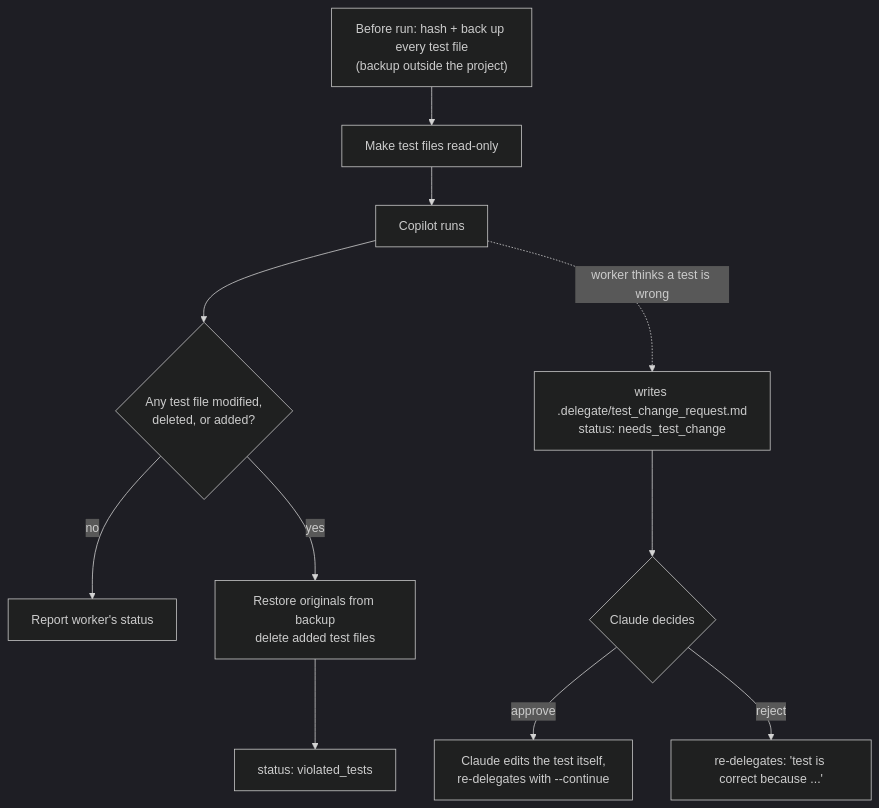
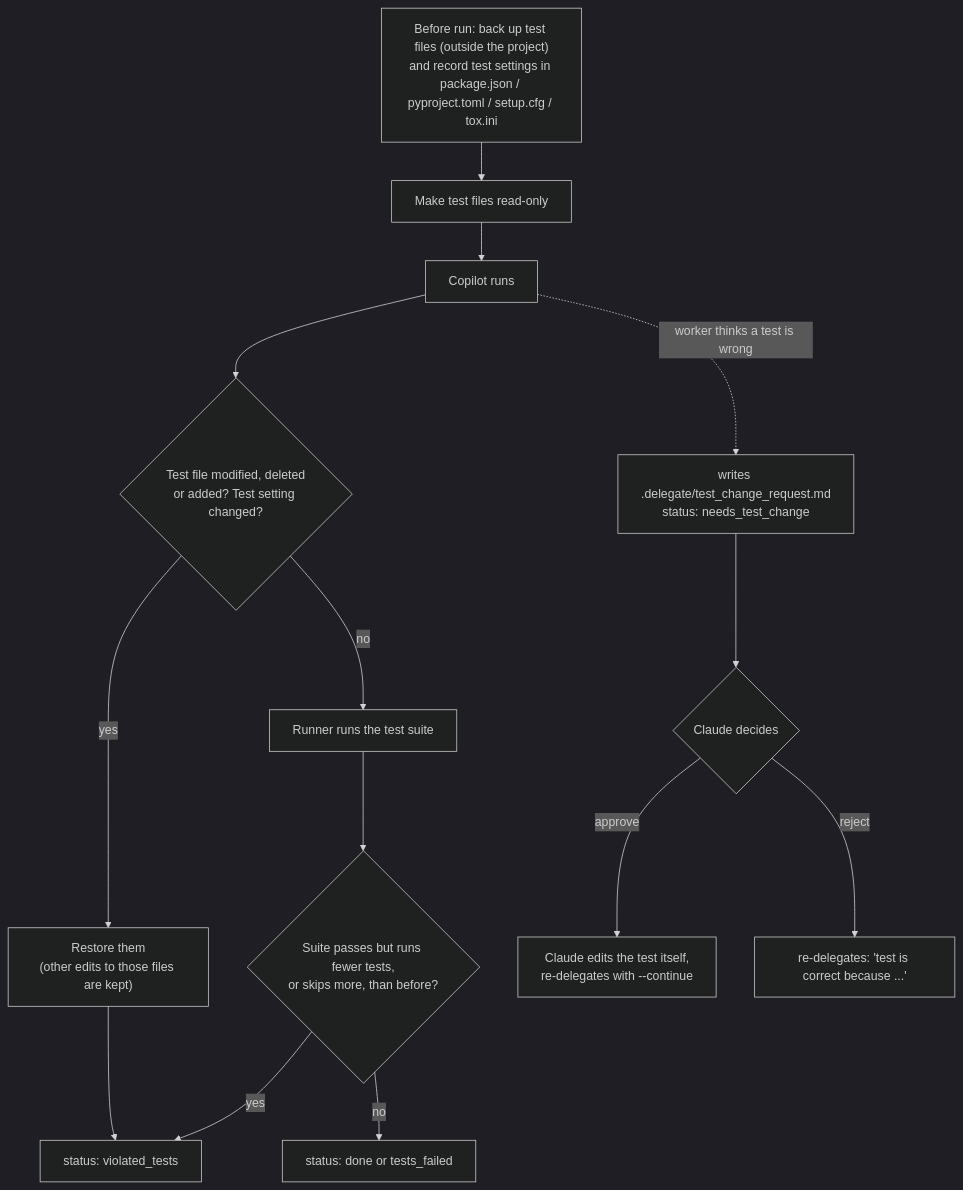
Before and after one commit to gaztrabisme/claude-subagent-delegation: the fifth of 7 diagrams in README.md, drawn with Mermaid (dark theme). The commit also changed other lines of this file and 12 other files, not shown here.

````diff
--- a/README.md
+++ b/README.md
@@ -161,13 +250,16 @@
 ```mermaid
 flowchart TD
-    A["Before run: hash + back up every test file<br/>(backup outside the project)"] --> B["Make test files read-only"]
+    A["Before run: back up test files (outside the project)<br/>and record test settings in package.json / pyproject.toml / setup.cfg / tox.ini"] --> B["Make test files read-only"]
     B --> C["Copilot runs"]
-    C --> D{"Any test file modified,<br/>deleted, or added?"}
-    D -->|no| OK["Report worker's status"]
-    D -->|yes| X["Restore originals from backup<br/>delete added test files"]
+    C --> D{"Test file modified, deleted<br/>or added? Test setting changed?"}
+    D -->|yes| X["Restore them<br/>(other edits to those files are kept)"]
     X --> V["status: violated_tests"]
+    D -->|no| RUN["Runner runs the test suite"]
+    RUN --> CNT{"Suite passes but runs fewer tests,<br/>or skips more, than before?"}
+    CNT -->|yes| V
+    CNT -->|no| OK["status: done or tests_failed"]
     C -.->|"worker thinks a test is wrong"| REQ["writes .delegate/test_change_request.md<br/>status: needs_test_change"]
     REQ --> CL{"Claude decides"}
     CL -->|approve| ED["Claude edits the test itself,<br/>re-delegates with --continue"]
     CL -->|reject| RJ["re-delegates: 'test is correct because ...'"]
 ```
````
